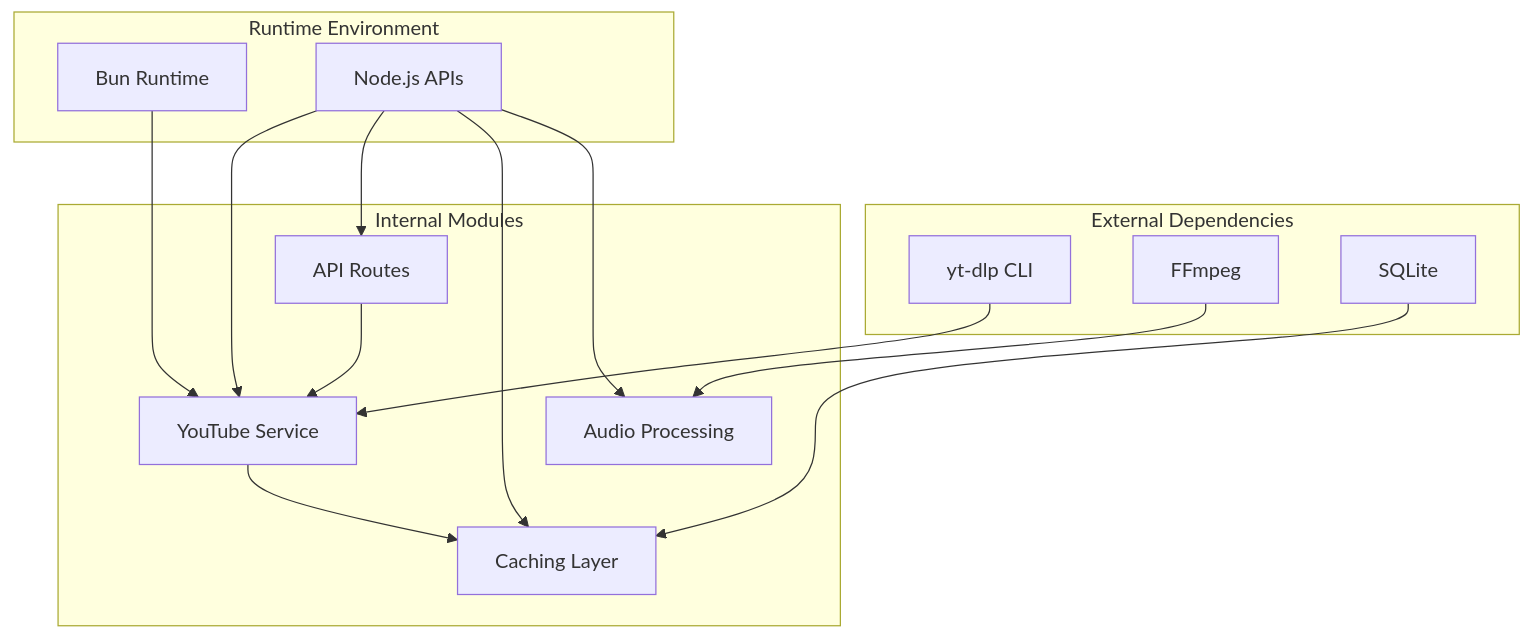
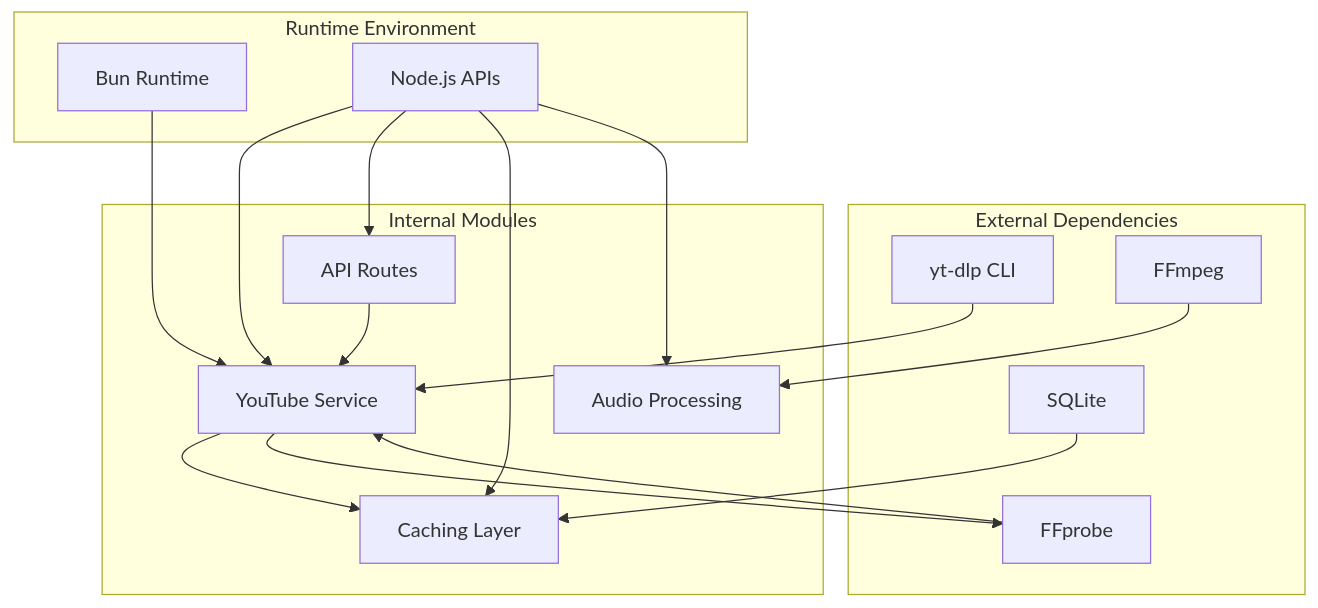
The eighth of 8 diagrams in .qoder/repowiki/en/content/Core Services Architecture/YouTube Integration Service.md (dkoukoul/kpop-random-dance-generator), drawn with Mermaid before and after one commit. The commit also changed other lines of this file and 6 other files, not shown here.

````diff
--- a/.qoder/repowiki/en/content/Core Services Architecture/YouTube Integration Service.md
+++ b/.qoder/repowiki/en/content/Core Services Architecture/YouTube Integration Service.md
@@ -302,28 +380,31 @@
 ```mermaid
 graph TB
 subgraph "External Dependencies"
 YTDLP[yt-dlp CLI]
 FFmpeg[FFmpeg]
+FFprobe[FFprobe]
 SQLite[SQLite]
 end
 subgraph "Internal Modules"
 YTService[YouTube Service]
 APIService[API Routes]
 CacheService[Caching Layer]
 AudioService[Audio Processing]
 end
 subgraph "Runtime Environment"
 Bun[Bun Runtime]
 Node[Node.js APIs]
 end
 YTDLP --> YTService
 FFmpeg --> AudioService
+FFprobe --> YTService
 SQLite --> CacheService
 Bun --> YTService
 Node --> YTService
 Node --> APIService
 Node --> CacheService
 Node --> AudioService
 APIService --> YTService
 YTService --> CacheService
+YTService --> FFprobe
 ```
````
